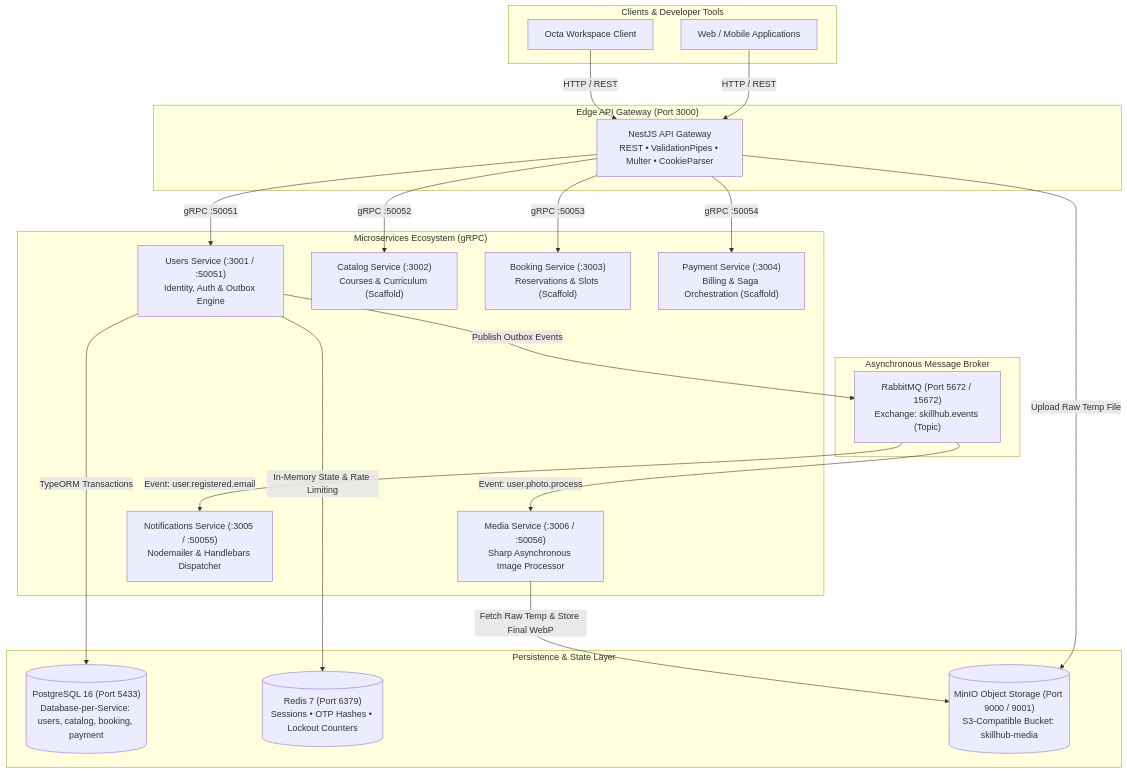
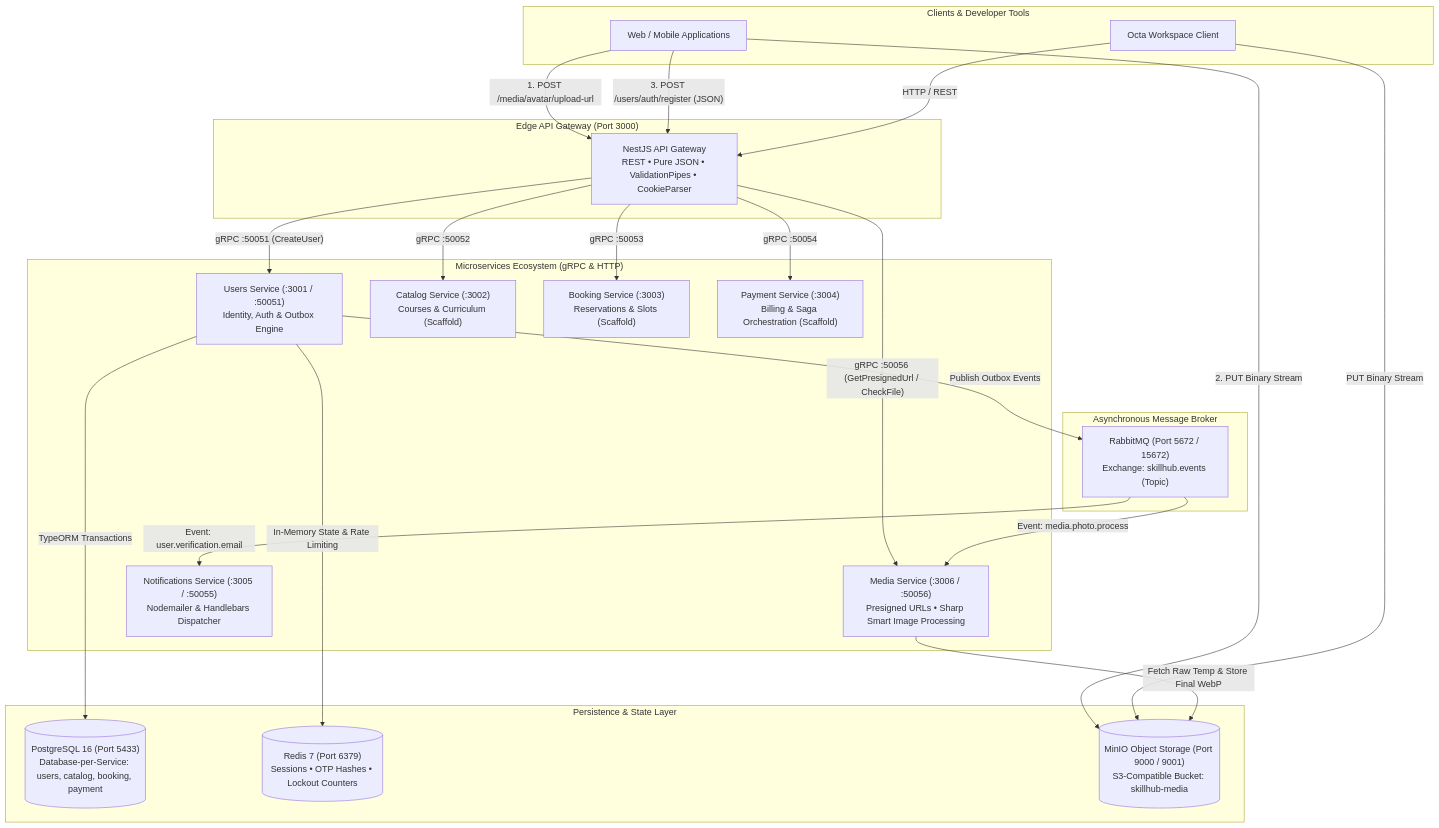
One commit to moaazsaadawydev-lab/SkillUp changed the diagram in README.md. Above: the diagram before and after it, drawn with Mermaid. The commit also changed other lines of this file and 13 other files, not shown here.

First line of the commit message:
feat(media): Implement direct-to-storage upload with presigned URLs

````diff
--- a/README.md
+++ b/README.md
@@ -27,53 +29,56 @@
 ```mermaid
 flowchart TB
     subgraph ClientLayer ["Clients & Developer Tools"]
         Client["Web / Mobile Applications"]
         Octa["Octa Workspace Client"]
     end
 
     subgraph GatewayLayer ["Edge API Gateway (Port 3000)"]
-        Gateway["NestJS API Gateway<br/>REST • ValidationPipes • Multer • CookieParser"]
+        Gateway["NestJS API Gateway<br/>REST • Pure JSON • ValidationPipes • CookieParser"]
     end
 
-    subgraph ServiceLayer ["Microservices Ecosystem (gRPC)"]
+    subgraph ServiceLayer ["Microservices Ecosystem (gRPC & HTTP)"]
         UsersSvc["Users Service (:3001 / :50051)<br/>Identity, Auth & Outbox Engine"]
-        MediaSvc["Media Service (:3006 / :50056)<br/>Sharp Asynchronous Image Processor"]
+        MediaSvc["Media Service (:3006 / :50056)<br/>Presigned URLs • Sharp Smart Image Processing"]
         NotifSvc["Notifications Service (:3005 / :50055)<br/>Nodemailer & Handlebars Dispatcher"]
         CatalogSvc["Catalog Service (:3002)<br/>Courses & Curriculum (Scaffold)"]
         BookingSvc["Booking Service (:3003)<br/>Reservations & Slots (Scaffold)"]
         PaymentSvc["Payment Service (:3004)<br/>Billing & Saga Orchestration (Scaffold)"]
     end
 
     subgraph BrokerLayer ["Asynchronous Message Broker"]
         RabbitMQ["RabbitMQ (Port 5672 / 15672)<br/>Exchange: skillhub.events (Topic)"]
     end
 
     subgraph DataLayer ["Persistence & State Layer"]
         Postgres[("PostgreSQL 16 (Port 5433)<br/>Database-per-Service: users, catalog, booking, payment")]
         Redis[("Redis 7 (Port 6379)<br/>Sessions • OTP Hashes • Lockout Counters")]
         MinIO[("MinIO Object Storage (Port 9000 / 9001)<br/>S3-Compatible Bucket: skillhub-media")]
     end
 
     %% Client Traffic
-    Client -->|HTTP / REST| Gateway
-    Octa -->|HTTP / REST| Gateway
+    Client -->|"1. POST /media/avatar/upload-url"| Gateway
+    Client -->|"2. PUT Binary Stream"| MinIO
+    Client -->|"3. POST /users/auth/register (JSON)"| Gateway
+    Octa -->|"HTTP / REST"| Gateway
+    Octa -->|"PUT Binary Stream"| MinIO
 
     %% Gateway Routing
-    Gateway -->|gRPC :50051| UsersSvc
-    Gateway -->|gRPC :50052| CatalogSvc
-    Gateway -->|gRPC :50053| BookingSvc
-    Gateway -->|gRPC :50054| PaymentSvc
-    Gateway -->|Upload Raw Temp File| MinIO
+    Gateway -->|"gRPC :50056 (GetPresignedUrl / CheckFile)"| MediaSvc
+    Gateway -->|"gRPC :50051 (CreateUser)"| UsersSvc
+    Gateway -->|"gRPC :50052"| CatalogSvc
+    Gateway -->|"gRPC :50053"| BookingSvc
+    Gateway -->|"gRPC :50054"| PaymentSvc
 
     %% Users Service Interactions
-    UsersSvc -->|TypeORM Transactions| Postgres
-    UsersSvc -->|In-Memory State & Rate Limiting| Redis
-    UsersSvc -->|Publish Outbox Events| RabbitMQ
+    UsersSvc -->|"TypeORM Transactions"| Postgres
+    UsersSvc -->|"In-Memory State & Rate Limiting"| Redis
+    UsersSvc -->|"Publish Outbox Events"| RabbitMQ
 
     %% Async Consumers
-    RabbitMQ -->|Event: user.photo.process| MediaSvc
-    RabbitMQ -->|Event: user.registered.email| NotifSvc
+    RabbitMQ -->|"Event: media.photo.process"| MediaSvc
+    RabbitMQ -->|"Event: user.verification.email"| NotifSvc
 
     %% Media Processing
-    MediaSvc -->|Fetch Raw Temp & Store Final WebP| MinIO
+    MediaSvc -->|"Fetch Raw Temp & Store Final WebP"| MinIO
 ```
````
